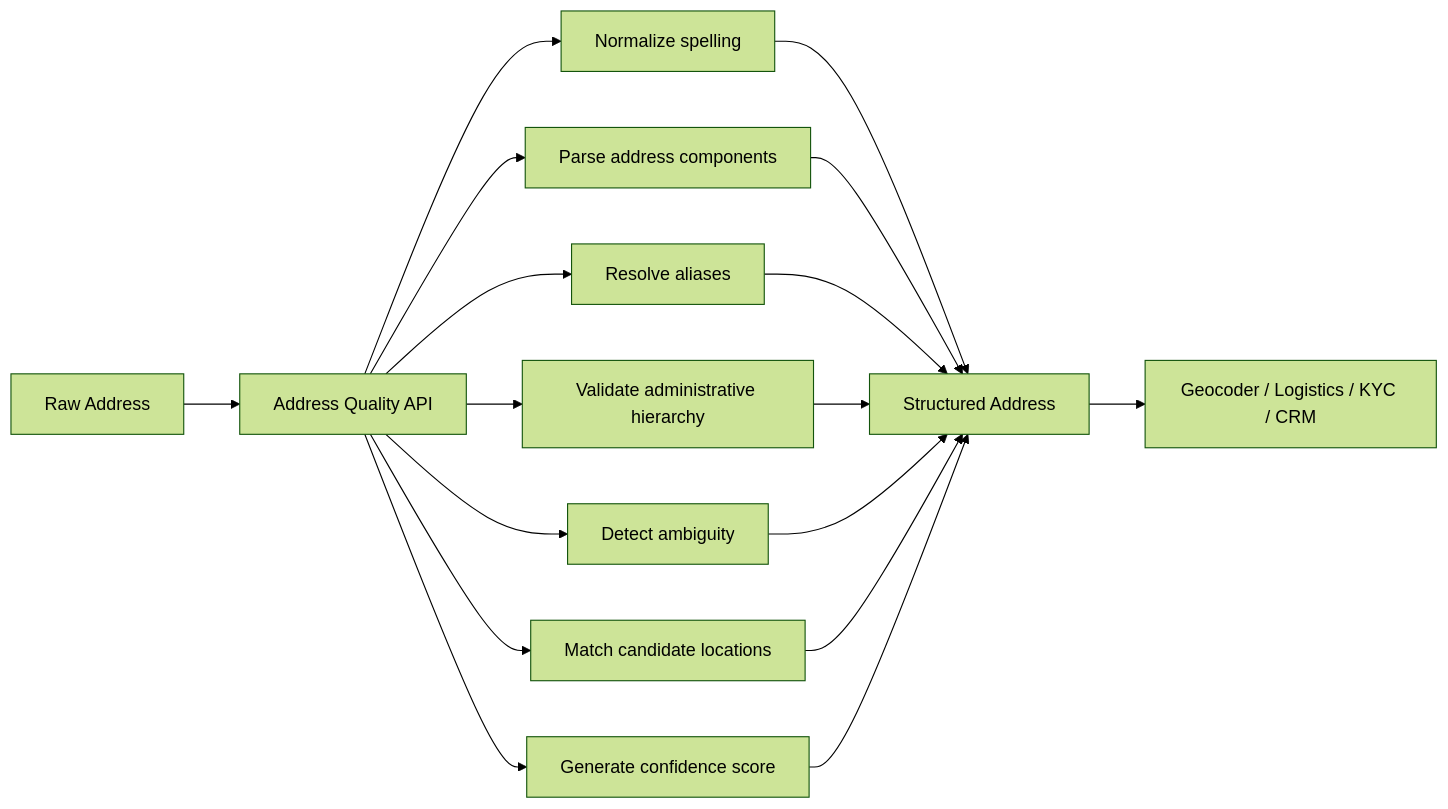
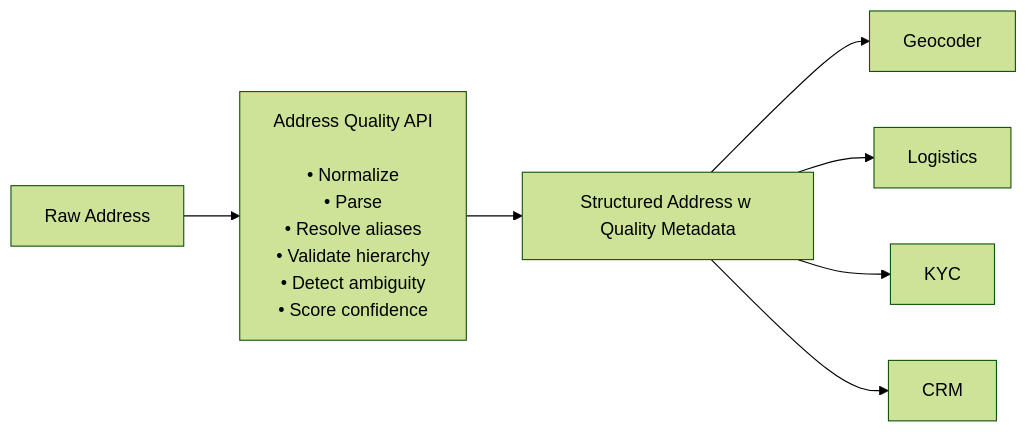
One commit to samaita/address-quality changed the diagram in README.md. Above: the diagram before and after it, drawn with Mermaid (forest theme). The commit also changed other lines of this file, not shown here.

Commit message:
docs: update Mermaid diagram and refine README content

````diff
--- a/README.md
+++ b/README.md
@@ -138,13 +138,18 @@
 ```mermaid
 flowchart LR
-    A[Raw Address] --> B[Address Quality API]
-    B --> C[Normalize spelling]
-    B --> D[Parse address components]
-    B --> E[Resolve aliases]
-    B --> F[Validate administrative hierarchy]
-    B --> G[Detect ambiguity]
-    B --> H[Match candidate locations]
-    B --> I[Generate confidence score]
-    C & D & E & F & G & H & I --> J[Structured Address]
-    J --> K[Geocoder / Logistics / KYC / CRM]
+    A["Raw Address"] --> B["Address Quality API
+
+• Normalize
+• Parse
+• Resolve aliases
+• Validate hierarchy
+• Detect ambiguity
+• Score confidence"]
+
+    B --> C["Structured Address w Quality Metadata"]
+
+    C --> D["Geocoder"]
+    C --> E["Logistics"]
+    C --> F["KYC"]
+    C --> G["CRM"]
 ```
````
